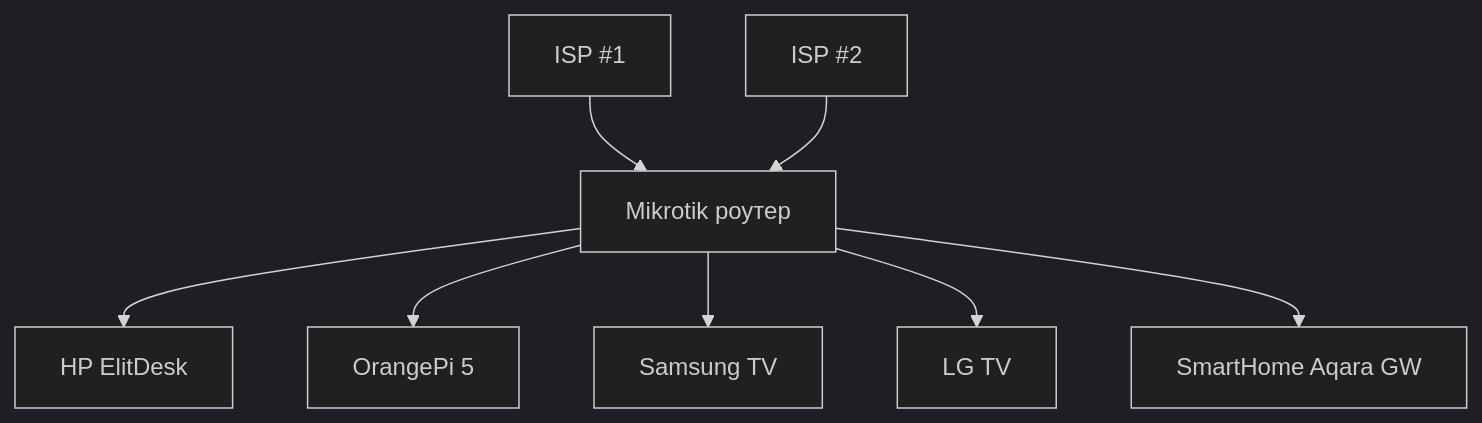
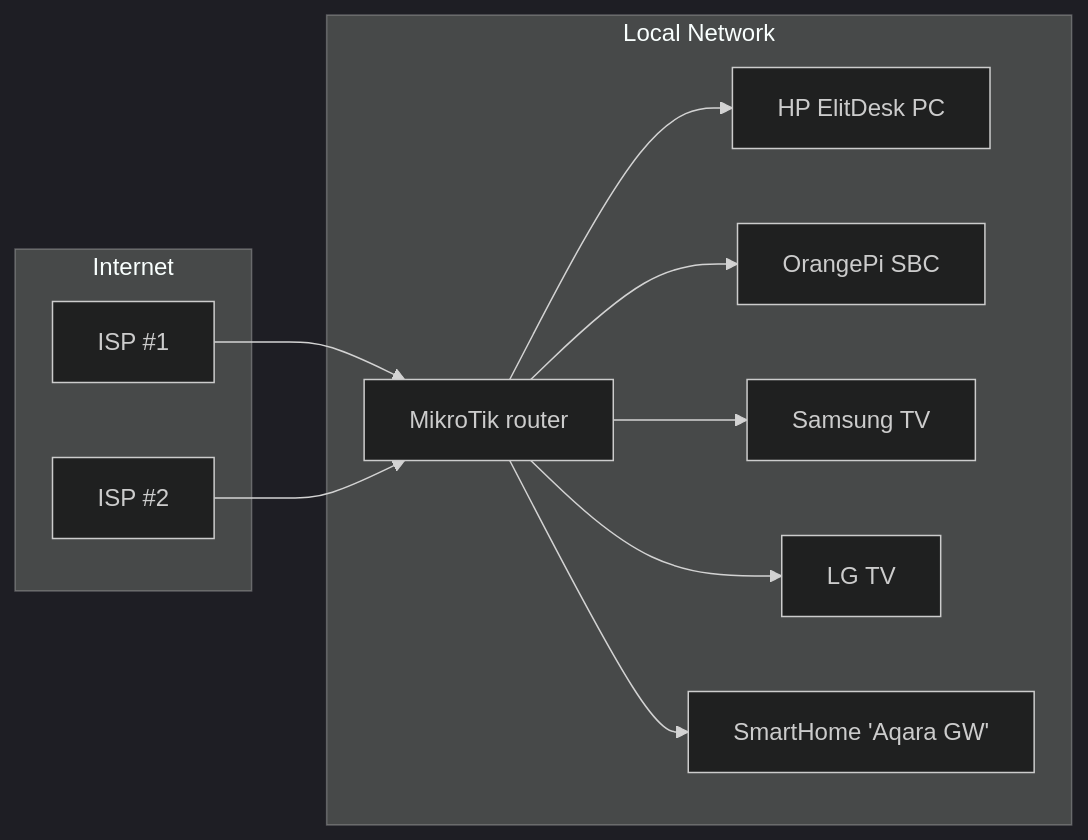
The first of 2 diagrams in home-lab/homelab-arch.md (oleksdovz/oleks-dov.work), drawn with Mermaid (dark theme) before and after one commit. The commit also changed other lines of this file, not shown here.

````diff
--- a/home-lab/homelab-arch.md
+++ b/home-lab/homelab-arch.md
@@ -1,12 +2,24 @@
 ```mermaid
-graph TD
-A[ISP #1 ] --> C[Mikrotik роутер]
-B[ISP #2 ] --> C[Mikrotik роутер]
-C --> D1[HP ElitDesk]
-C --> D2[OrangePi 5]
-C --> D3[Samsung TV]
-C --> D4[LG TV]
-C --> D5[SmartHome Aqara GW ]
+graph LR
+  subgraph Internet
+    A[ISP #1]
+    B[ISP #2]
+  end
 
+  subgraph Local Network
+    C[MikroTik router]
+    D[HP ElitDesk PC]
+    E[OrangePi SBC]
+    F[Samsung TV]
+    G[LG TV]
+    H[SmartHome 'Aqara GW']
+  end
 
+  A --> C
+  B --> C
+  C --> D
+  C --> E
+  C --> F
+  C --> G
+  C --> H
 ```
````
